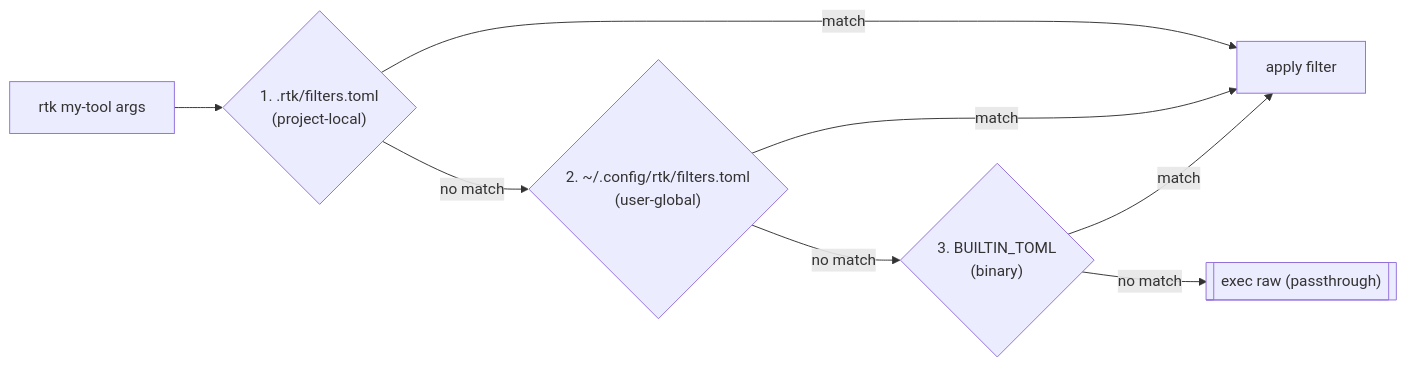
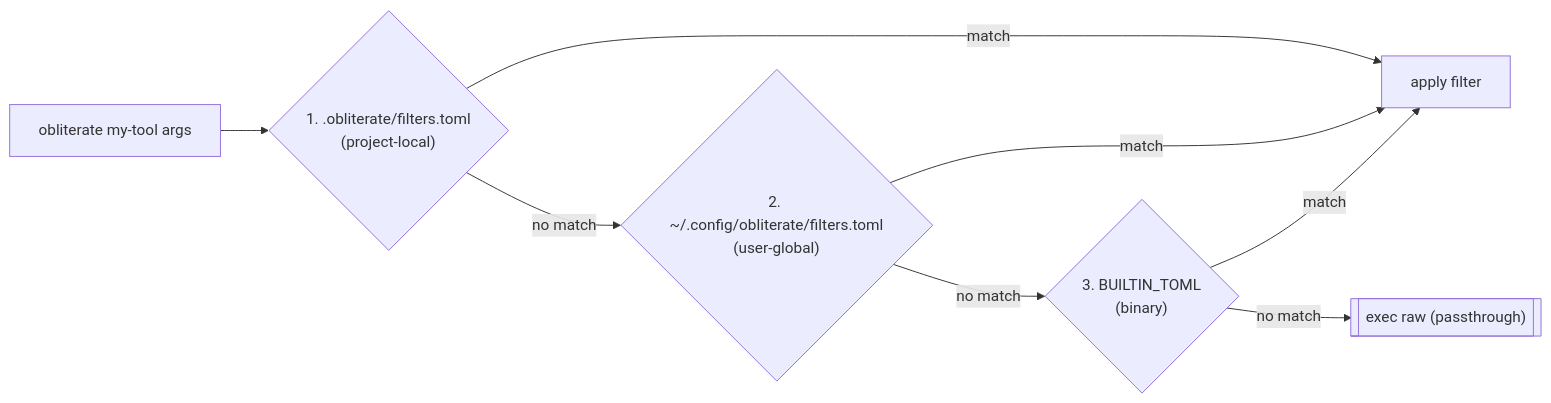
Before and after one commit to Palash144/obliterate: the second of 2 diagrams in src/filters/README.md, drawn with Mermaid. The commit also changed other lines of this file and 117 other files, not shown here.

````diff
--- a/src/filters/README.md
+++ b/src/filters/README.md
@@ -104,13 +104,13 @@
 ```mermaid
 flowchart LR
-    CMD["rtk my-tool args"] --> P1
-    P1{"1. .rtk/filters.toml\n(project-local)"}
+    CMD["obliterate my-tool args"] --> P1
+    P1{"1. .obliterate/filters.toml\n(project-local)"}
     P1 -->|"match"| WIN["apply filter"]
     P1 -->|"no match"| P2
-    P2{"2. ~/.config/rtk/filters.toml\n(user-global)"}
+    P2{"2. ~/.config/obliterate/filters.toml\n(user-global)"}
     P2 -->|"match"| WIN
     P2 -->|"no match"| P3
     P3{"3. BUILTIN_TOML\n(binary)"}
     P3 -->|"match"| WIN
     P3 -->|"no match"| P4[["exec raw (passthrough)"]]
 ```
````
